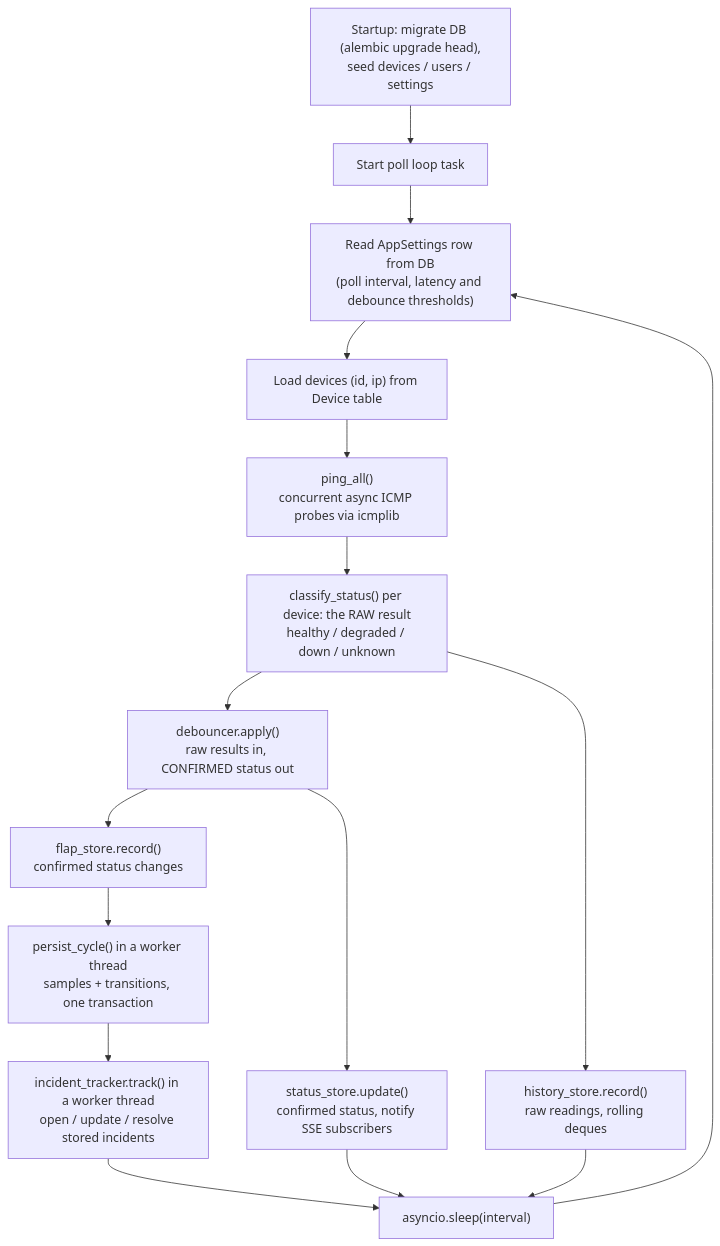
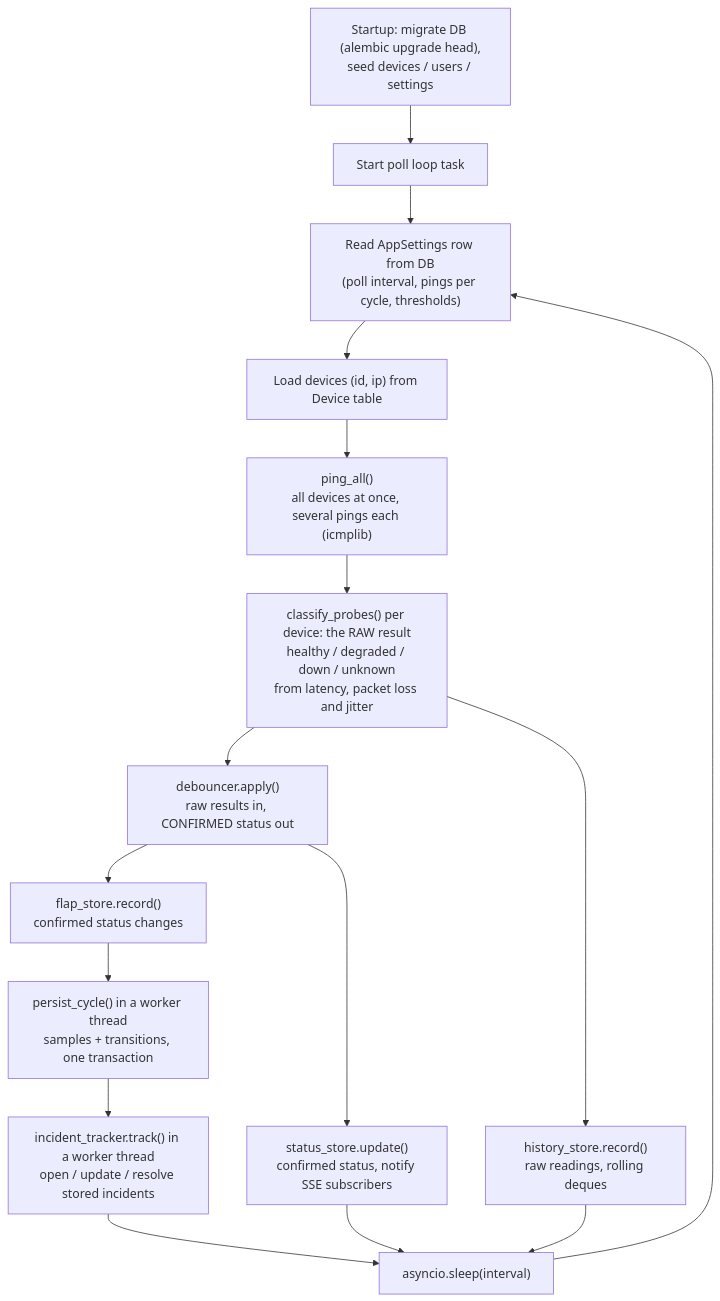
The second of 10 diagrams in README.md (dumbL4d/network-analyser), drawn with Mermaid before and after one commit. The commit also changed other lines of this file and 34 other files, not shown here.

First line of the commit message:
feat: add multi-ping probing with packet loss and jitter metrics

````diff
--- a/README.md
+++ b/README.md
@@ -196,18 +200,18 @@
 ```mermaid
 flowchart TD
     A["Startup: migrate DB (alembic upgrade head),<br/>seed devices / users / settings"] --> B["Start poll loop task"]
-    B --> C["Read AppSettings row from DB<br/>(poll interval, latency and debounce thresholds)"]
+    B --> C["Read AppSettings row from DB<br/>(poll interval, pings per cycle, thresholds)"]
     C --> D["Load devices (id, ip) from Device table"]
-    D --> E["ping_all()<br/>concurrent async ICMP probes via icmplib"]
-    E --> F["classify_status() per device: the RAW result<br/>healthy / degraded / down / unknown"]
+    D --> E["ping_all()<br/>all devices at once, several pings each (icmplib)"]
+    E --> F["classify_probes() per device: the RAW result<br/>healthy / degraded / down / unknown<br/>from latency, packet loss and jitter"]
     F --> K["debouncer.apply()<br/>raw results in, CONFIRMED status out"]
     F --> H["history_store.record()<br/>raw readings, rolling deques"]
     K --> G["status_store.update()<br/>confirmed status, notify SSE subscribers"]
     K --> I["flap_store.record()<br/>confirmed status changes"]
     I --> P["persist_cycle() in a worker thread<br/>samples + transitions, one transaction"]
     P --> T["incident_tracker.track() in a worker thread<br/>open / update / resolve stored incidents"]
     T --> J["asyncio.sleep(interval)"]
     G --> J
     H --> J
     J --> C
 ```
````
